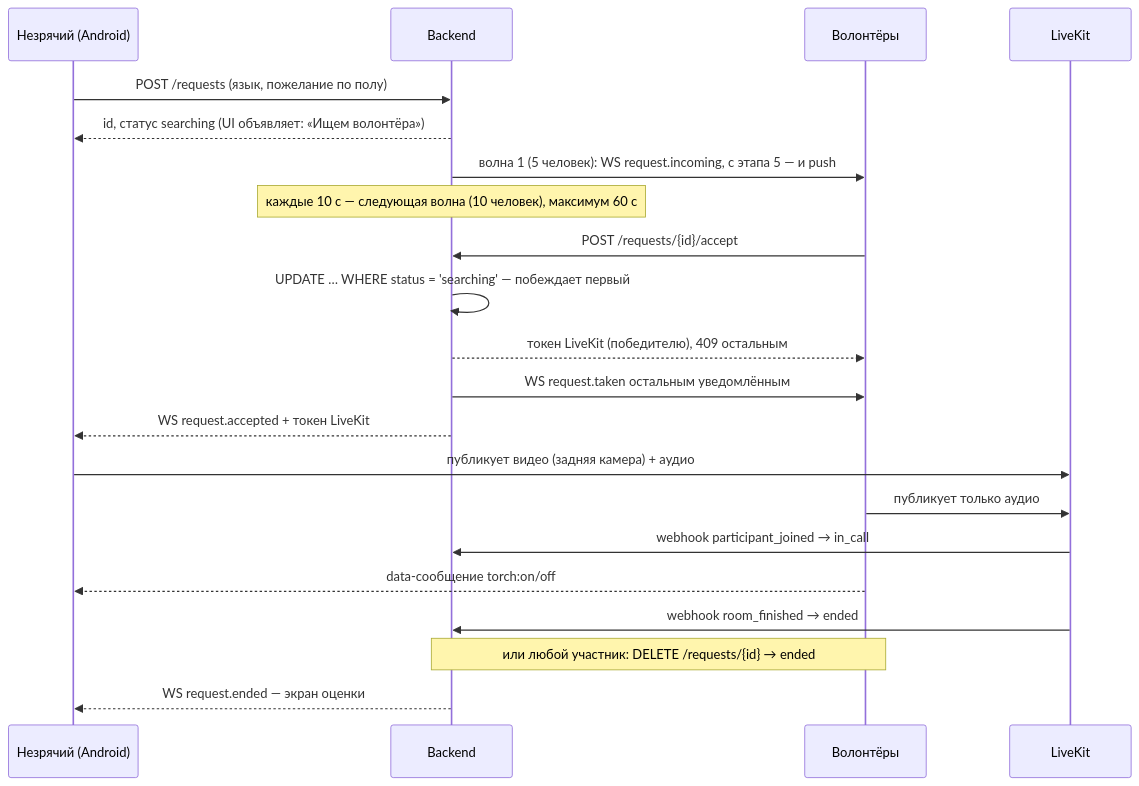
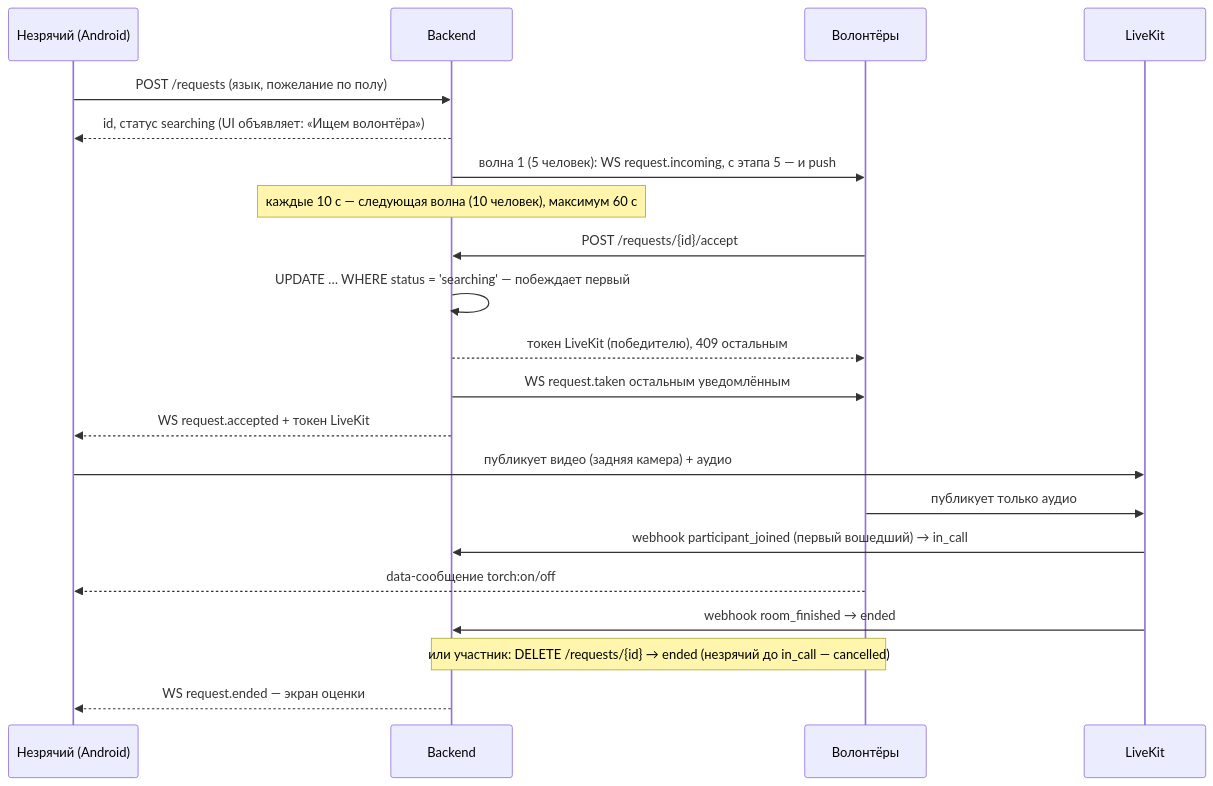
One commit to KhanKhanov/ryadom changed the second of 2 diagrams in docs/ARCHITECTURE.md. Above: the diagram before and after it, drawn with Mermaid. The commit also changed other lines of this file and 84 other files, not shown here.

````diff
--- a/docs/ARCHITECTURE.md
+++ b/docs/ARCHITECTURE.md
@@ -45,23 +45,23 @@
 ```mermaid
 sequenceDiagram
   participant U as Незрячий (Android)
   participant B as Backend
   participant V as Волонтёры
   participant L as LiveKit
   U->>B: POST /requests (язык, пожелание по полу)
   B-->>U: id, статус searching (UI объявляет: «Ищем волонтёра»)
   B->>V: волна 1 (5 человек): WS request.incoming, с этапа 5 — и push
   Note over B: каждые 10 с — следующая волна (10 человек), максимум 60 с
   V->>B: POST /requests/{id}/accept
   B->>B: UPDATE … WHERE status = 'searching' — побеждает первый
   B-->>V: токен LiveKit (победителю), 409 остальным
   B->>V: WS request.taken остальным уведомлённым
   B-->>U: WS request.accepted + токен LiveKit
   U->>L: публикует видео (задняя камера) + аудио
   V->>L: публикует только аудио
-  L->>B: webhook participant_joined → in_call
+  L->>B: webhook participant_joined (первый вошедший) → in_call
   V-->>U: data-сообщение torch:on/off
   L->>B: webhook room_finished → ended
-  Note over V,B: или любой участник: DELETE /requests/{id} → ended
+  Note over V,B: или участник: DELETE /requests/{id} → ended (незрячий до in_call — cancelled)
   B-->>U: WS request.ended — экран оценки
 ```
````
